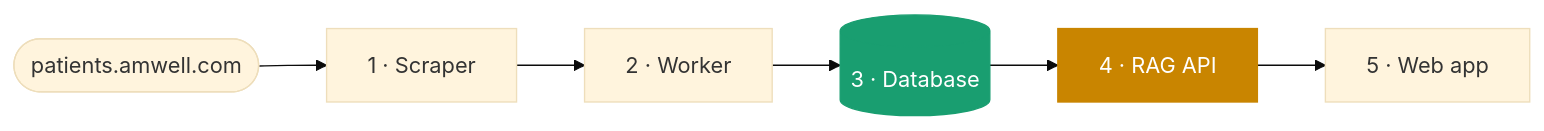
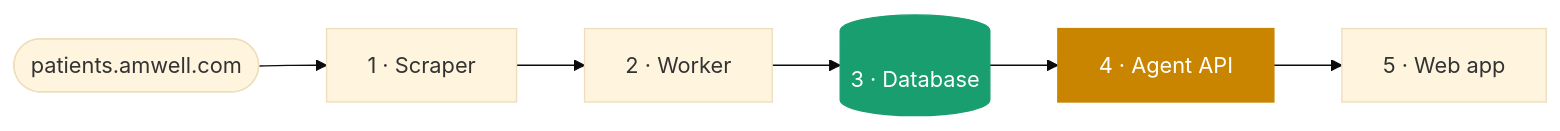
One commit to davidsanbric-dev/MedicalChatbotAPI changed the first of 3 diagrams in README.md. Above: the diagram before and after it, drawn with Mermaid (base theme). The commit also changed other lines of this file and 4 other files, not shown here.

````diff
--- a/README.md
+++ b/README.md
@@ -7,6 +7,6 @@
 ```mermaid
 flowchart LR
-    site([patients.amwell.com]) --> scraper[1 · Scraper] --> worker[2 · Worker] --> db[(3 · Database)] --> api[4 · RAG API] --> web[5 · Web app]
+    site([patients.amwell.com]) --> scraper[1 · Scraper] --> worker[2 · Worker] --> db[(3 · Database)] --> api[4 · Agent API] --> web[5 · Web app]
     style db fill:#199e70,stroke:#199e70,color:#fff
     style api fill:#c98500,stroke:#c98500,color:#fff
 ```
````
